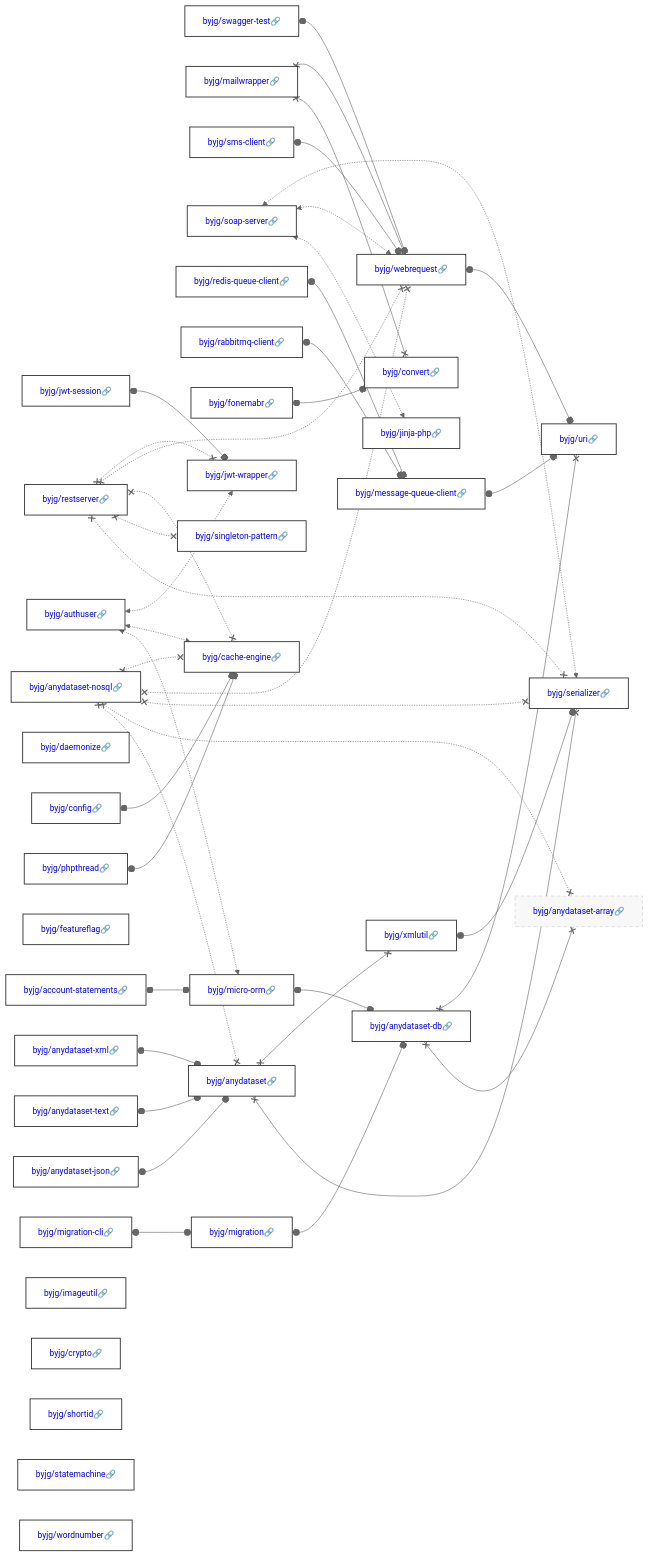
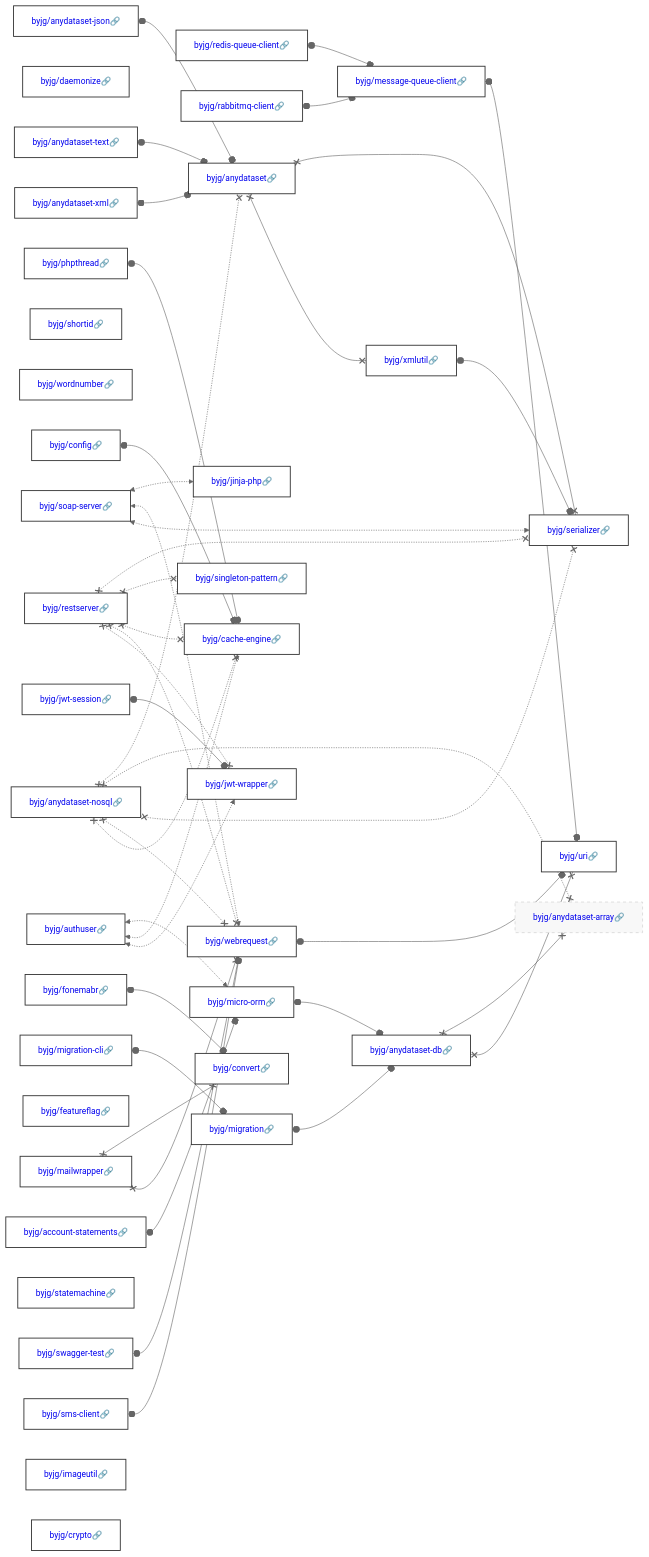
One commit to byjg/byjg.github.io changed the diagram in docs/php/README.md. Above: the diagram before and after it, drawn with Mermaid (neutral theme). The commit also changed other lines of this file, not shown here.

Commit message:
Update documentation 'php' 'php-soap-server'

````diff
--- a/docs/php/README.md
+++ b/docs/php/README.md
@@ -3,45 +3,45 @@
 ```mermaid
 graph LR;
+  byjg/anydataset-text[<a href='https://opensource.byjg.com/docs/php/anydataset-text' style='text-decoration:none'>byjg/anydataset-text🔗</a>];
+  byjg/daemonize[<a href='https://opensource.byjg.com/docs/php/daemonize' style='text-decoration:none'>byjg/daemonize🔗</a>];
+  byjg/jwt-session[<a href='https://opensource.byjg.com/docs/php/jwt-session' style='text-decoration:none'>byjg/jwt-session🔗</a>];
+  byjg/account-statements[<a href='https://opensource.byjg.com/docs/php/account-statements' style='text-decoration:none'>byjg/account-statements🔗</a>];
+  byjg/config[<a href='https://opensource.byjg.com/docs/php/config' style='text-decoration:none'>byjg/config🔗</a>];
+  byjg/shortid[<a href='https://opensource.byjg.com/docs/php/shortid' style='text-decoration:none'>byjg/shortid🔗</a>];
+  byjg/wordnumber[<a href='https://opensource.byjg.com/docs/php/wordnumber' style='text-decoration:none'>byjg/wordnumber🔗</a>];
+  byjg/restserver[<a href='https://opensource.byjg.com/docs/php/restserver' style='text-decoration:none'>byjg/restserver🔗</a>];
+  byjg/fonemabr[<a href='https://opensource.byjg.com/docs/php/fonemabr' style='text-decoration:none'>byjg/fonemabr🔗</a>];
+  byjg/anydataset-nosql[<a href='https://opensource.byjg.com/docs/php/anydataset-nosql' style='text-decoration:none'>byjg/anydataset-nosql🔗</a>];
+  byjg/soap-server[<a href='https://opensource.byjg.com/docs/php/soap-server' style='text-decoration:none'>byjg/soap-server🔗</a>];
+  byjg/anydataset-json[<a href='https://opensource.byjg.com/docs/php/anydataset-json' style='text-decoration:none'>byjg/anydataset-json🔗</a>];
   byjg/swagger-test[<a href='https://opensource.byjg.com/docs/php/swagger-test' style='text-decoration:none'>byjg/swagger-test🔗</a>];
-  byjg/anydataset-text[<a href='https://opensource.byjg.com/docs/php/anydataset-text' style='text-decoration:none'>byjg/anydataset-text🔗</a>];
+  byjg/phpthread[<a href='https://opensource.byjg.com/docs/php/phpthread' style='text-decoration:none'>byjg/phpthread🔗</a>];
+  byjg/authuser[<a href='https://opensource.byjg.com/docs/php/authuser' style='text-decoration:none'>byjg/authuser🔗</a>];
+  byjg/redis-queue-client[<a href='https://opensource.byjg.com/docs/php/redis-queue-client' style='text-decoration:none'>byjg/redis-queue-client🔗</a>];
+  byjg/featureflag[<a href='https://opensource.byjg.com/docs/php/featureflag' style='text-decoration:none'>byjg/featureflag🔗</a>];
+  byjg/mailwrapper[<a href='https://opensource.byjg.com/docs/php/mailwrapper' style='text-decoration:none'>byjg/mailwrapper🔗</a>];
+  byjg/sms-client[<a href='https://opensource.byjg.com/docs/php/sms-client' style='text-decoration:none'>byjg/sms-client🔗</a>];
+  byjg/statemachine[<a href='https://opensource.byjg.com/docs/php/statemachine' style='text-decoration:none'>byjg/statemachine🔗</a>];
+  byjg/anydataset-xml[<a href='https://opensource.byjg.com/docs/php/anydataset-xml' style='text-decoration:none'>byjg/anydataset-xml🔗</a>];
+  byjg/rabbitmq-client[<a href='https://opensource.byjg.com/docs/php/rabbitmq-client' style='text-decoration:none'>byjg/rabbitmq-client🔗</a>];
   byjg/migration-cli[<a href='https://opensource.byjg.com/docs/php/migration-cli' style='text-decoration:none'>byjg/migration-cli🔗</a>];
-  byjg/anydataset-xml[<a href='https://opensource.byjg.com/docs/php/anydataset-xml' style='text-decoration:none'>byjg/anydataset-xml🔗</a>];
-  byjg/mailwrapper[<a href='https://opensource.byjg.com/docs/php/mailwrapper' style='text-decoration:none'>byjg/mailwrapper🔗</a>];
-  byjg/jwt-session[<a href='https://opensource.byjg.com/docs/php/jwt-session' style='text-decoration:none'>byjg/jwt-session🔗</a>];
-  byjg/sms-client[<a href='https://opensource.byjg.com/docs/php/sms-client' style='text-decoration:none'>byjg/sms-client🔗</a>];
-  byjg/soap-server[<a href='https://opensource.byjg.com/docs/php/soap-server' style='text-decoration:none'>byjg/soap-server🔗</a>];
-  byjg/daemonize[<a href='https://opensource.byjg.com/docs/php/daemonize' style='text-decoration:none'>byjg/daemonize🔗</a>];
-  byjg/account-statements[<a href='https://opensource.byjg.com/docs/php/account-statements' style='text-decoration:none'>byjg/account-statements🔗</a>];
-  byjg/phpthread[<a href='https://opensource.byjg.com/docs/php/phpthread' style='text-decoration:none'>byjg/phpthread🔗</a>];
-  byjg/featureflag[<a href='https://opensource.byjg.com/docs/php/featureflag' style='text-decoration:none'>byjg/featureflag🔗</a>];
-  byjg/redis-queue-client[<a href='https://opensource.byjg.com/docs/php/redis-queue-client' style='text-decoration:none'>byjg/redis-queue-client🔗</a>];
-  byjg/authuser[<a href='https://opensource.byjg.com/docs/php/authuser' style='text-decoration:none'>byjg/authuser🔗</a>];
-  byjg/config[<a href='https://opensource.byjg.com/docs/php/config' style='text-decoration:none'>byjg/config🔗</a>];
-  byjg/rabbitmq-client[<a href='https://opensource.byjg.com/docs/php/rabbitmq-client' style='text-decoration:none'>byjg/rabbitmq-client🔗</a>];
-  byjg/anydataset-json[<a href='https://opensource.byjg.com/docs/php/anydataset-json' style='text-decoration:none'>byjg/anydataset-json🔗</a>];
-  byjg/restserver[<a href='https://opensource.byjg.com/docs/php/restserver' style='text-decoration:none'>byjg/restserver🔗</a>];
-  byjg/anydataset-nosql[<a href='https://opensource.byjg.com/docs/php/anydataset-nosql' style='text-decoration:none'>byjg/anydataset-nosql🔗</a>];
   byjg/imageutil[<a href='https://opensource.byjg.com/docs/php/imageutil' style='text-decoration:none'>byjg/imageutil🔗</a>];
-  byjg/fonemabr[<a href='https://opensource.byjg.com/docs/php/fonemabr' style='text-decoration:none'>byjg/fonemabr🔗</a>];
   byjg/crypto[<a href='https://opensource.byjg.com/docs/php/crypto' style='text-decoration:none'>byjg/crypto🔗</a>];
-  byjg/shortid[<a href='https://opensource.byjg.com/docs/php/shortid' style='text-decoration:none'>byjg/shortid🔗</a>];
-  byjg/statemachine[<a href='https://opensource.byjg.com/docs/php/statemachine' style='text-decoration:none'>byjg/statemachine🔗</a>];
-  byjg/wordnumber[<a href='https://opensource.byjg.com/docs/php/wordnumber' style='text-decoration:none'>byjg/wordnumber🔗</a>];
-  byjg/migration[<a href='https://opensource.byjg.com/docs/php/migration' style='text-decoration:none'>byjg/migration🔗</a>];
+  byjg/singleton-pattern[<a href='https://opensource.byjg.com/docs/php/singleton-pattern' style='text-decoration:none'>byjg/singleton-pattern🔗</a>];
   byjg/jinja-php[<a href='https://opensource.byjg.com/docs/php/jinja-php' style='text-decoration:none'>byjg/jinja-php🔗</a>];
   byjg/micro-orm[<a href='https://opensource.byjg.com/docs/php/micro-orm' style='text-decoration:none'>byjg/micro-orm🔗</a>];
+  byjg/cache-engine[<a href='https://opensource.byjg.com/docs/php/cache-engine' style='text-decoration:none'>byjg/cache-engine🔗</a>];
+  byjg/jwt-wrapper[<a href='https://opensource.byjg.com/docs/php/jwt-wrapper' style='text-decoration:none'>byjg/jwt-wrapper🔗</a>];
+  byjg/convert[<a href='https://opensource.byjg.com/docs/php/convert' style='text-decoration:none'>byjg/convert🔗</a>];
+  byjg/webrequest[<a href='https://opensource.byjg.com/docs/php/webrequest' style='text-decoration:none'>byjg/webrequest🔗</a>];
+  byjg/anydataset[<a href='https://opensource.byjg.com/docs/php/anydataset' style='text-decoration:none'>byjg/anydataset🔗</a>];
   byjg/message-queue-client[<a href='https://opensource.byjg.com/docs/php/message-queue-client' style='text-decoration:none'>byjg/message-queue-client🔗</a>];
-  byjg/singleton-pattern[<a href='https://opensource.byjg.com/docs/php/singleton-pattern' style='text-decoration:none'>byjg/singleton-pattern🔗</a>];
-  byjg/jwt-wrapper[<a href='https://opensource.byjg.com/docs/php/jwt-wrapper' style='text-decoration:none'>byjg/jwt-wrapper🔗</a>];
-  byjg/anydataset[<a href='https://opensource.byjg.com/docs/php/anydataset' style='text-decoration:none'>byjg/anydataset🔗</a>];
-  byjg/webrequest[<a href='https://opensource.byjg.com/docs/php/webrequest' style='text-decoration:none'>byjg/webrequest🔗</a>];
-  byjg/cache-engine[<a href='https://opensource.byjg.com/docs/php/cache-engine' style='text-decoration:none'>byjg/cache-engine🔗</a>];
-  byjg/convert[<a href='https://opensource.byjg.com/docs/php/convert' style='text-decoration:none'>byjg/convert🔗</a>];
+  byjg/migration[<a href='https://opensource.byjg.com/docs/php/migration' style='text-decoration:none'>byjg/migration🔗</a>];
+  byjg/xmlutil[<a href='https://opensource.byjg.com/docs/php/xmlutil' style='text-decoration:none'>byjg/xmlutil🔗</a>];
   byjg/anydataset-db[<a href='https://opensource.byjg.com/docs/php/anydataset-db' style='text-decoration:none'>byjg/anydataset-db🔗</a>];
-  byjg/xmlutil[<a href='https://opensource.byjg.com/docs/php/xmlutil' style='text-decoration:none'>byjg/xmlutil🔗</a>];
+  byjg/serializer[<a href='https://opensource.byjg.com/docs/php/serializer' style='text-decoration:none'>byjg/serializer🔗</a>];
   byjg/anydataset-array[<a href='https://opensource.byjg.com/docs/php/anydataset-array' style='text-decoration:none'>byjg/anydataset-array🔗</a>];
   byjg/uri[<a href='https://opensource.byjg.com/docs/php/uri' style='text-decoration:none'>byjg/uri🔗</a>];
-  byjg/serializer[<a href='https://opensource.byjg.com/docs/php/serializer' style='text-decoration:none'>byjg/serializer🔗</a>];
   byjg/mailwrapper x--x byjg/convert;
   byjg/mailwrapper x--x byjg/webrequest;
   byjg/xmlutil o--o byjg/serializer;
````
